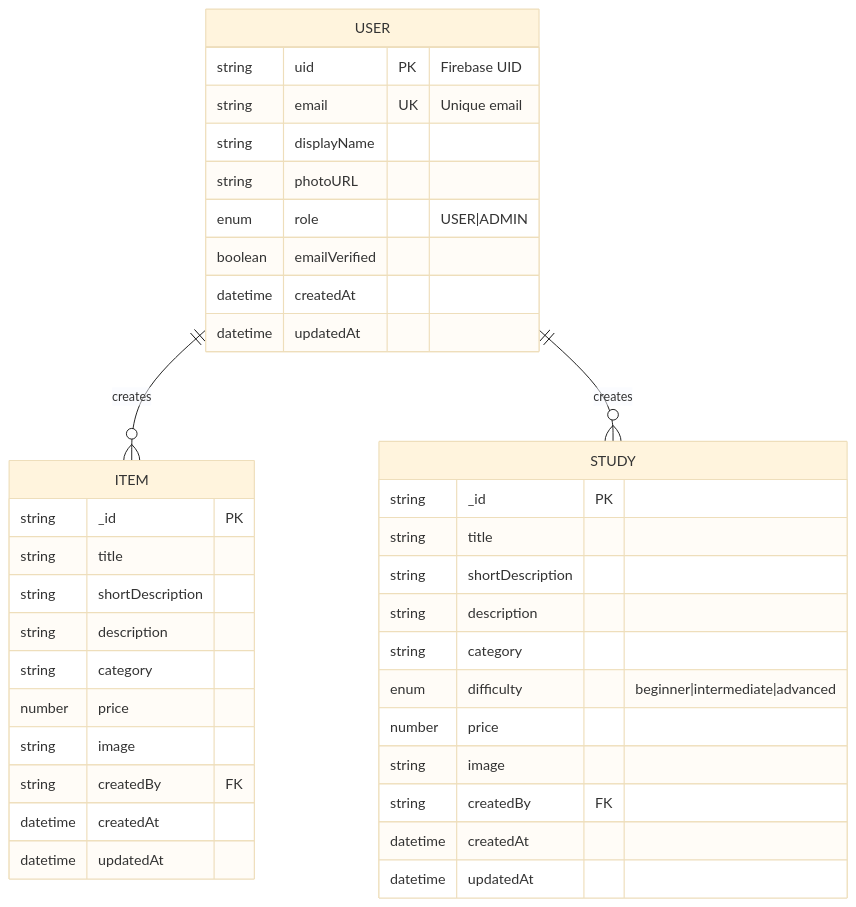
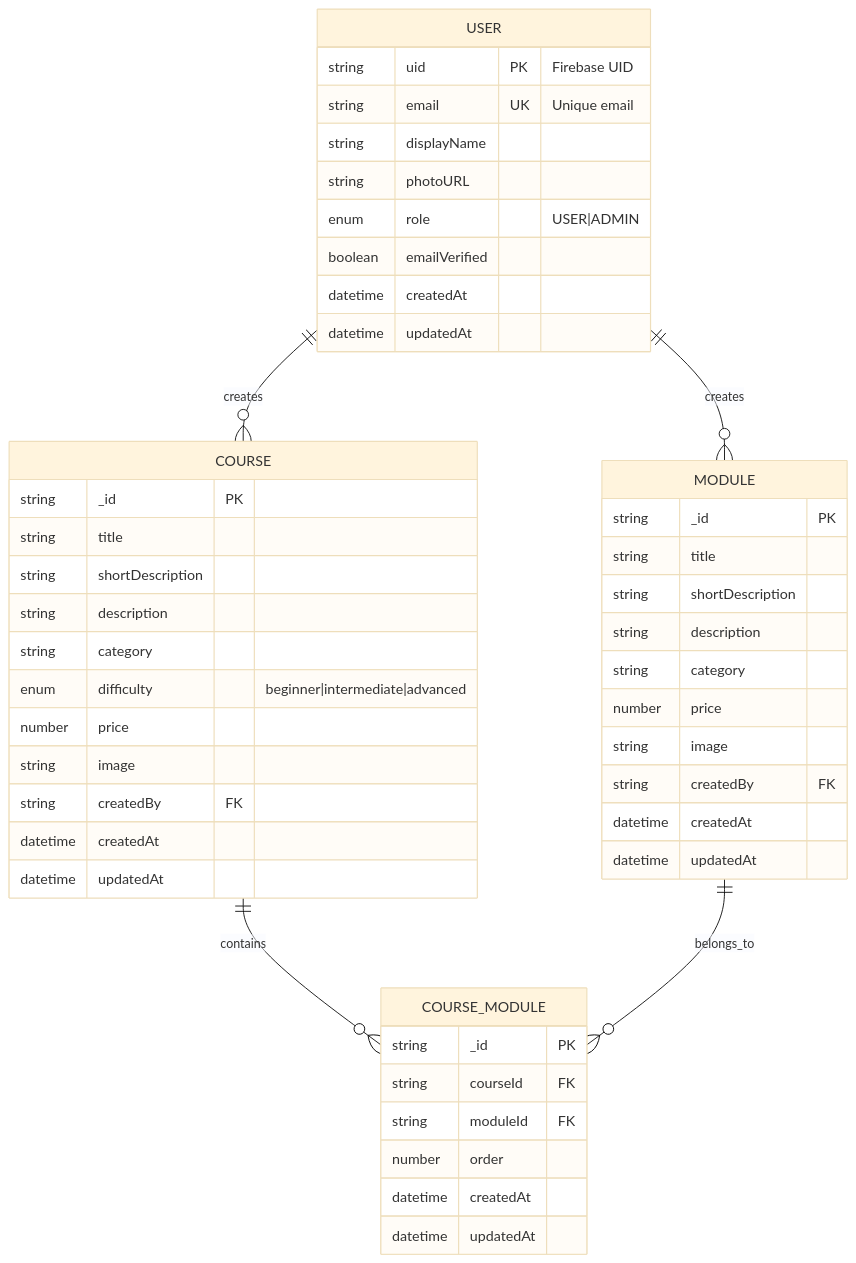
The fourth of 4 diagrams in SYSTEM_OVERVIEW.md (Sarwarhridoy4/StudyVault), drawn with Mermaid (base theme) before and after one commit. The commit also changed other lines of this file and 36 other files, not shown here.

First line of the commit message:
Refactor: study→course, item→module with linking capability

````diff
--- a/SYSTEM_OVERVIEW.md
+++ b/SYSTEM_OVERVIEW.md
@@ -174,43 +183,54 @@
 ```mermaid
 erDiagram
-    USER ||--o{ ITEM : "creates"
-    USER ||--o{ STUDY : "creates"
+    USER ||--o{ MODULE : creates
+    USER ||--o{ COURSE : creates
+    COURSE ||--o{ COURSE_MODULE : contains
+    MODULE ||--o{ COURSE_MODULE : belongs_to
     
     USER {
         string uid PK "Firebase UID"
         string email UK "Unique email"
         string displayName
         string photoURL
         enum role "USER|ADMIN"
         boolean emailVerified
         datetime createdAt
         datetime updatedAt
     }
     
-    ITEM {
+    MODULE {
         string _id PK
         string title
         string shortDescription
         string description
         string category
         number price
         string image
         string createdBy FK
         datetime createdAt
         datetime updatedAt
     }
     
-    STUDY {
+    COURSE {
         string _id PK
         string title
         string shortDescription
         string description
         string category
         enum difficulty "beginner|intermediate|advanced"
         number price
         string image
         string createdBy FK
         datetime createdAt
         datetime updatedAt
     }
+    
+    COURSE_MODULE {
+        string _id PK
+        string courseId FK
+        string moduleId FK
+        number order
+        datetime createdAt
+        datetime updatedAt
+    }
 ```
````
